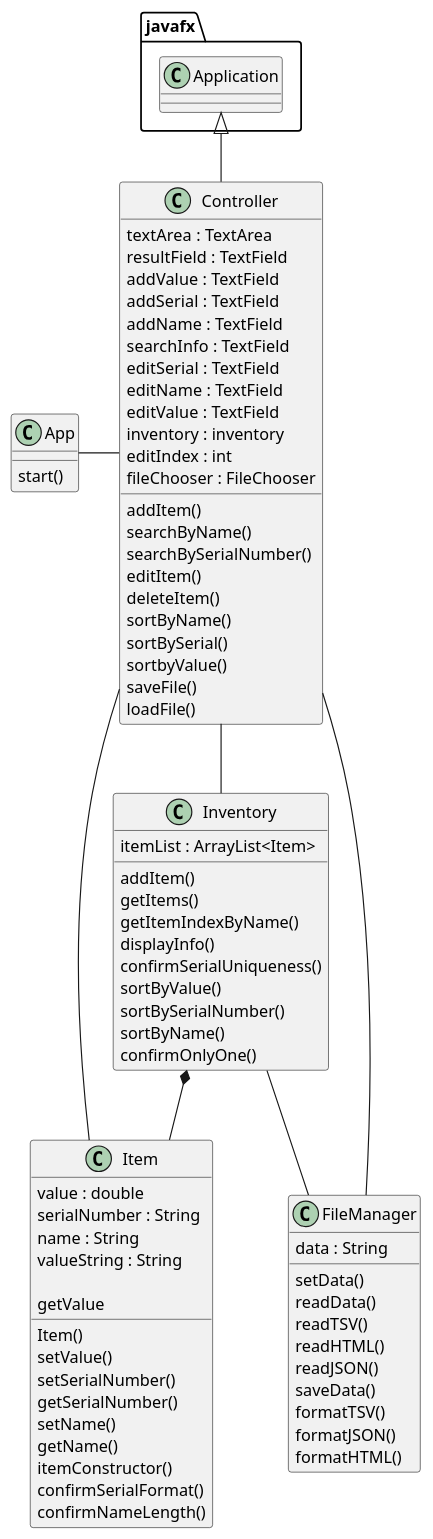
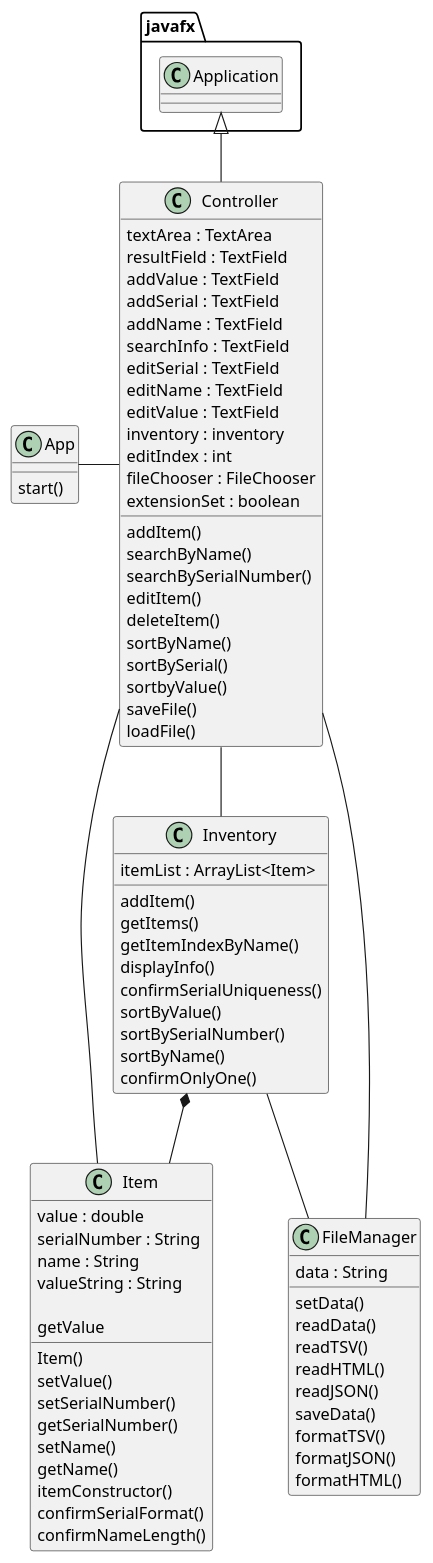
One commit to ehraiford/raiford-4648-a5 changed the diagram in UML/Inventory Tracker UML.puml. Above: the diagram before and after it, drawn with PlantUML. The commit also changed 2 other files, not shown here.

Commit message:
Added the ReadMe and made it so repeatedly opening and closing the file chooser doesn't cause the extension options to repeat in the menu.

```diff
--- a/UML/Inventory Tracker UML.puml
+++ b/UML/Inventory Tracker UML.puml
@@ -1,87 +1,88 @@
 @startuml
 'https://plantuml.com/sequence-diagram
 
 javafx.Application<|-- Controller
 Controller -- Inventory
 Controller - Item
 Controller -- FileManager
 Inventory -- FileManager
 Inventory *-- Item
 App-Controller
 
 Class App{
     start()
 }
 
 Class Controller {
      textArea : TextArea
      resultField : TextField
      addValue : TextField
      addSerial : TextField
      addName : TextField
      searchInfo : TextField
      editSerial : TextField
      editName : TextField
      editValue : TextField
      inventory : inventory
      editIndex : int
      fileChooser : FileChooser
+     extensionSet : boolean
 
      addItem()
      searchByName()
      searchBySerialNumber()
      editItem()
      deleteItem()
      sortByName()
      sortBySerial()
      sortbyValue()
      saveFile()
      loadFile()
 }
 
 Class FileManager{
      data : String
 
      setData()
      readData()
      readTSV()
      readHTML()
      readJSON()
      saveData()
      formatTSV()
      formatJSON()
      formatHTML()
 }
 
 Class Inventory{
      itemList : ArrayList<Item>
 
      addItem()
      getItems()
      getItemIndexByName()
      displayInfo()
      confirmSerialUniqueness()
      sortByValue()
      sortBySerialNumber()
      sortByName()
      confirmOnlyOne()
 }
 
 Class Item{
      value : double
      serialNumber : String
      name : String
      valueString : String
 
      Item()
      setValue()
      getValue
      setSerialNumber()
      getSerialNumber()
      setName()
      getName()
      itemConstructor()
      confirmSerialFormat()
      confirmNameLength()
 }
 @enduml
```
